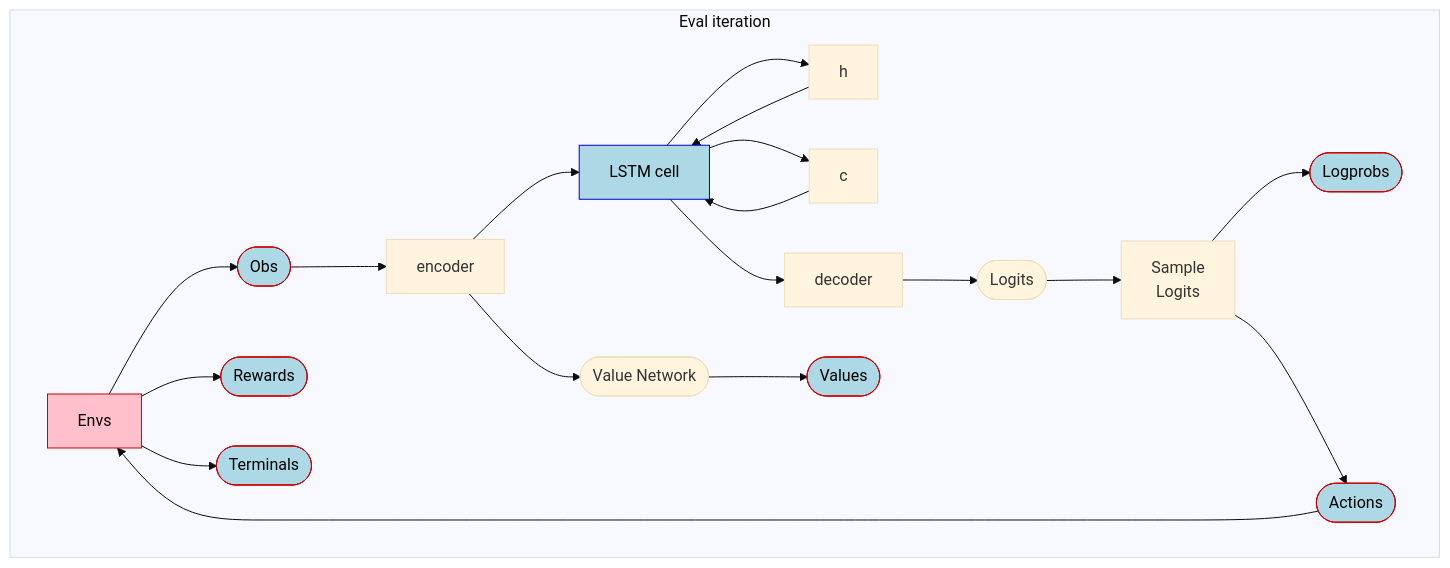
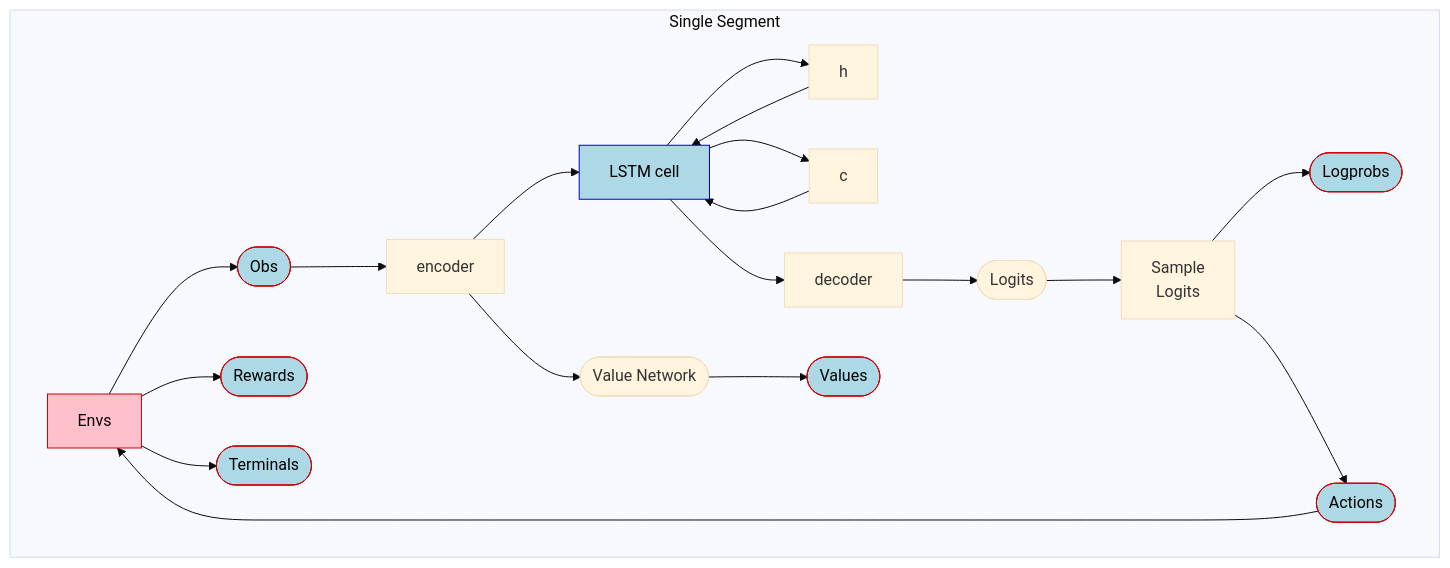
One commit to rlplays/PufferLib changed the second of 3 diagrams in README.md. Above: the diagram before and after it, drawn with Mermaid (base theme). The commit also changed other lines of this file, not shown here.

````diff
--- a/README.md
+++ b/README.md
@@ -116,48 +116,48 @@
 ```mermaid
 flowchart 
-  subgraph cluster_eval[Eval iteration]
+  subgraph cluster_eval[Single Segment]
     Envs[Envs]
     Obs([Obs])
     Rewards([Rewards])
     Terminals([Terminals])
 
     encoder[encoder]
     LSTM_Cell["LSTM cell"]
     decoder[decoder]
 
     Logits([Logits])
     Values([Values])
     sample_logits["Sample<br/>Logits"]
     Actions([Actions])
     Logprobs([Logprobs])
     Value_Network([Value Network])
     h[h]
     c[c]
 
     h --> LSTM_Cell
     c --> LSTM_Cell
     LSTM_Cell --> h
     LSTM_Cell --> c
 
     Envs --> Obs
     Envs --> Rewards
     Envs --> Terminals
     Obs --> encoder
     encoder --> LSTM_Cell --> decoder --> Logits
     encoder --> Value_Network --> Values
     sample_logits --> Logprobs
     Logits --> sample_logits --> Actions
     Actions --> Envs
   end
 
   %% Styling (approximation of Graphviz colors)
   classDef lightblue fill:#ADD8E6,stroke:#CC0000,color:#000;
   classDef env fill:#FFC0CB,stroke:#CC0000,color:#000;
   classDef lstm fill:#ADD8E6,stroke:#0000CC,color:#000;
 
   class Obs,Values,Actions,Logprobs,Rewards,Terminals lightblue;
   class Envs env;
   class LSTM_Cell lstm;
 
 
 ```
````
